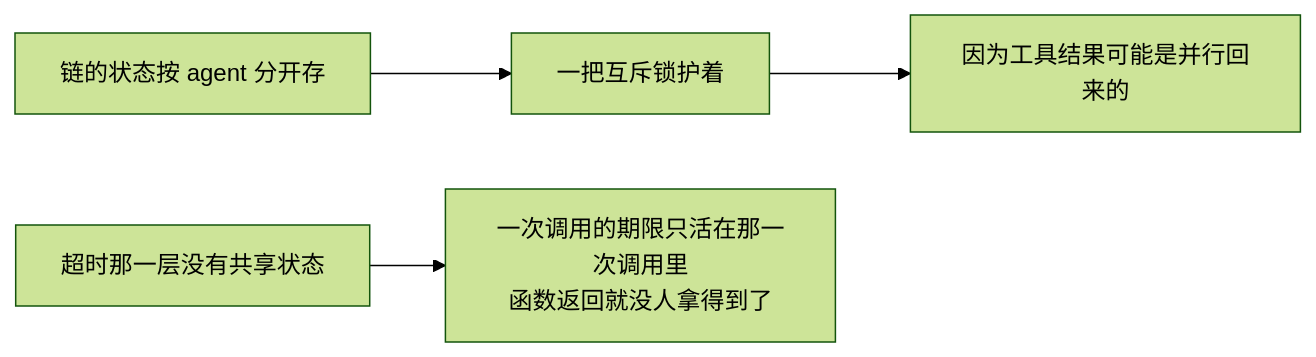
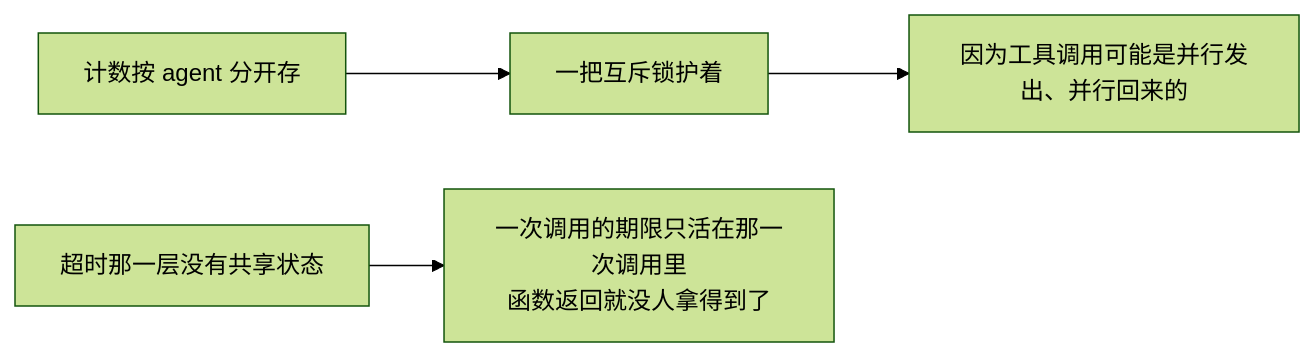
Before and after one commit to snight1983/ds-harness-go: diagram 35 of 38 in docs/modules/guards.md, drawn with Mermaid (forest theme). The commit also changed other lines of this file and 50 other files, not shown here.

First line of the commit message:
feat: 完善会话持久化、图片请求与工具防护

````diff
--- a/docs/modules/guards.md
+++ b/docs/modules/guards.md
@@ -320,6 +446,6 @@
 ```mermaid
 flowchart LR
-    A["链的状态按 agent 分开存"] --> B["一把互斥锁护着"]
-    B --> C["因为工具结果可能是并行回来的"]
+    A["计数按 agent 分开存"] --> B["一把互斥锁护着"]
+    B --> C["因为工具调用可能是并行发出、并行回来的"]
     D["超时那一层没有共享状态"] --> E["一次调用的期限只活在那一次调用里<br/>函数返回就没人拿得到了"]
 ```
````
